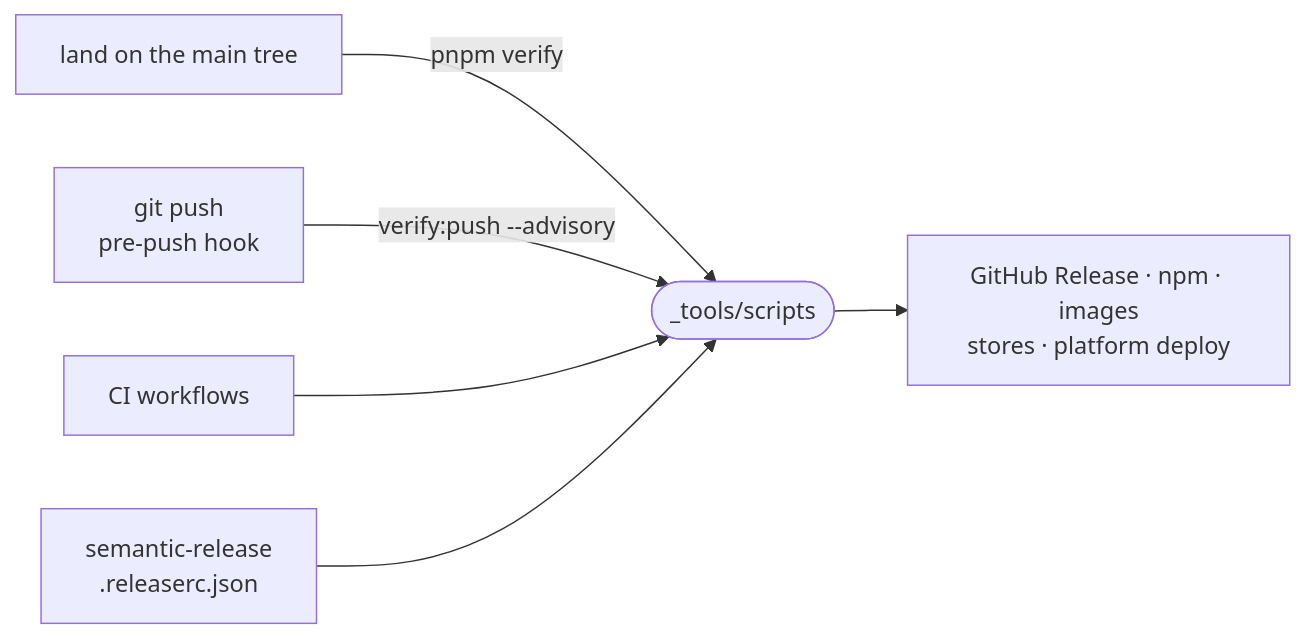
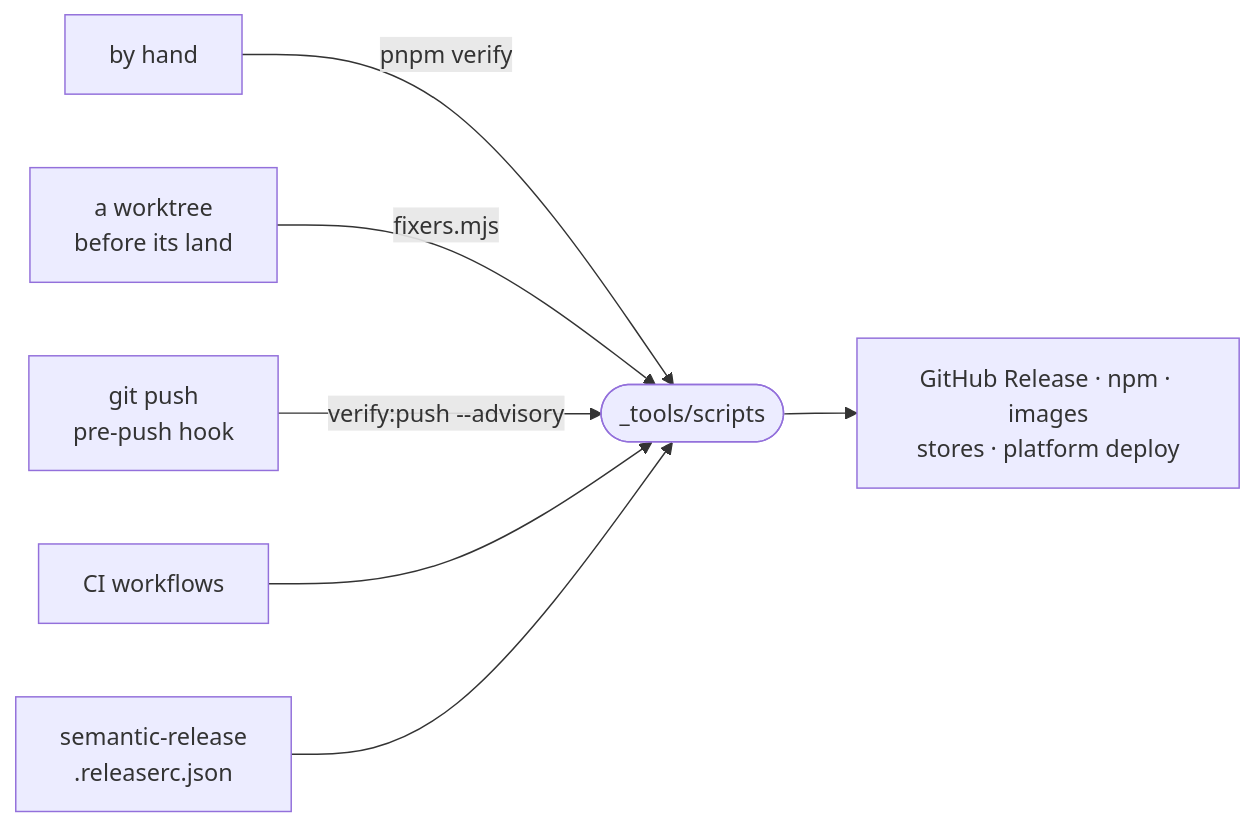
The diagram in _tools/scripts/README.md (intentic/intentic), drawn with Mermaid before and after one commit. The commit also changed other lines of this file and 284 other files, not shown here.

````diff
--- a/_tools/scripts/README.md
+++ b/_tools/scripts/README.md
@@ -5,8 +5,9 @@
 ```mermaid
 flowchart LR
-    land["land on the main tree"] -->|"pnpm verify"| scripts(["_tools/scripts"])
+    hand["by hand"] -->|"pnpm verify"| scripts(["_tools/scripts"])
+    worktree["a worktree<br/>before its land"] -->|"fixers.mjs"| scripts
     push["git push<br/>pre-push hook"] -->|"verify:push --advisory"| scripts
     ci["CI workflows"] --> scripts
     semrel["semantic-release<br/>.releaserc.json"] --> scripts
     scripts --> out["GitHub Release · npm · images<br/>stores · platform deploy"]
 ```
````
